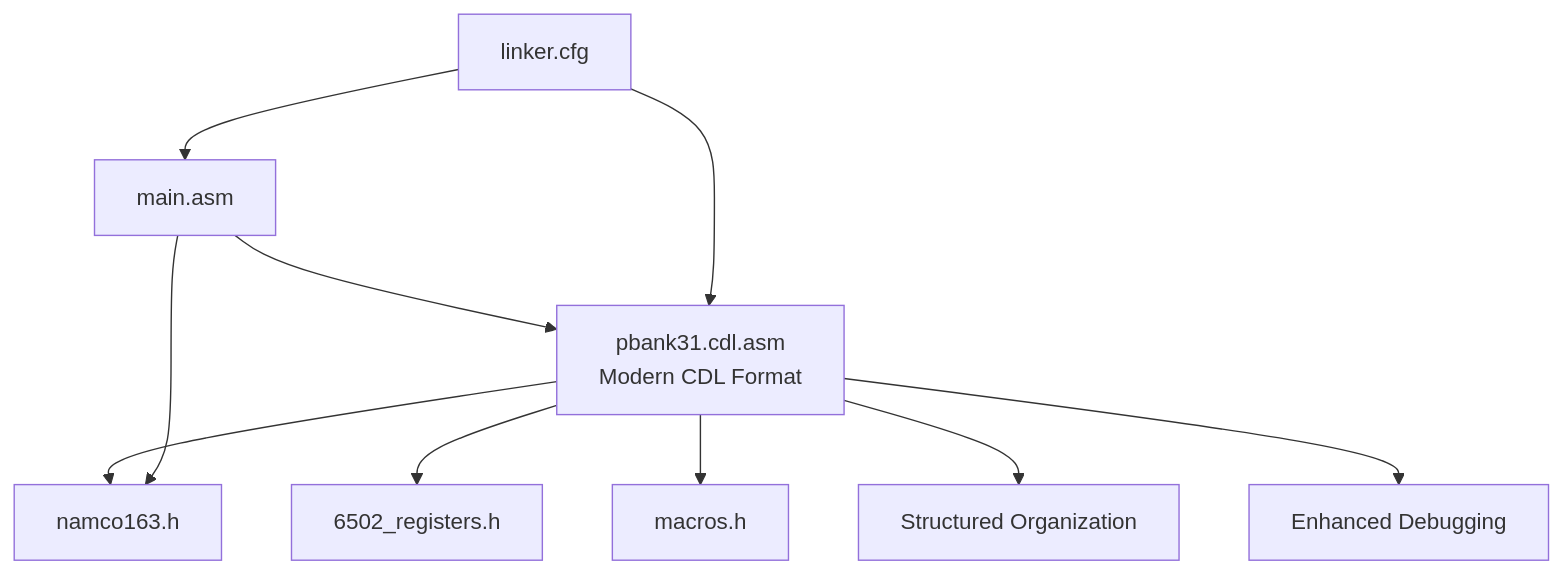
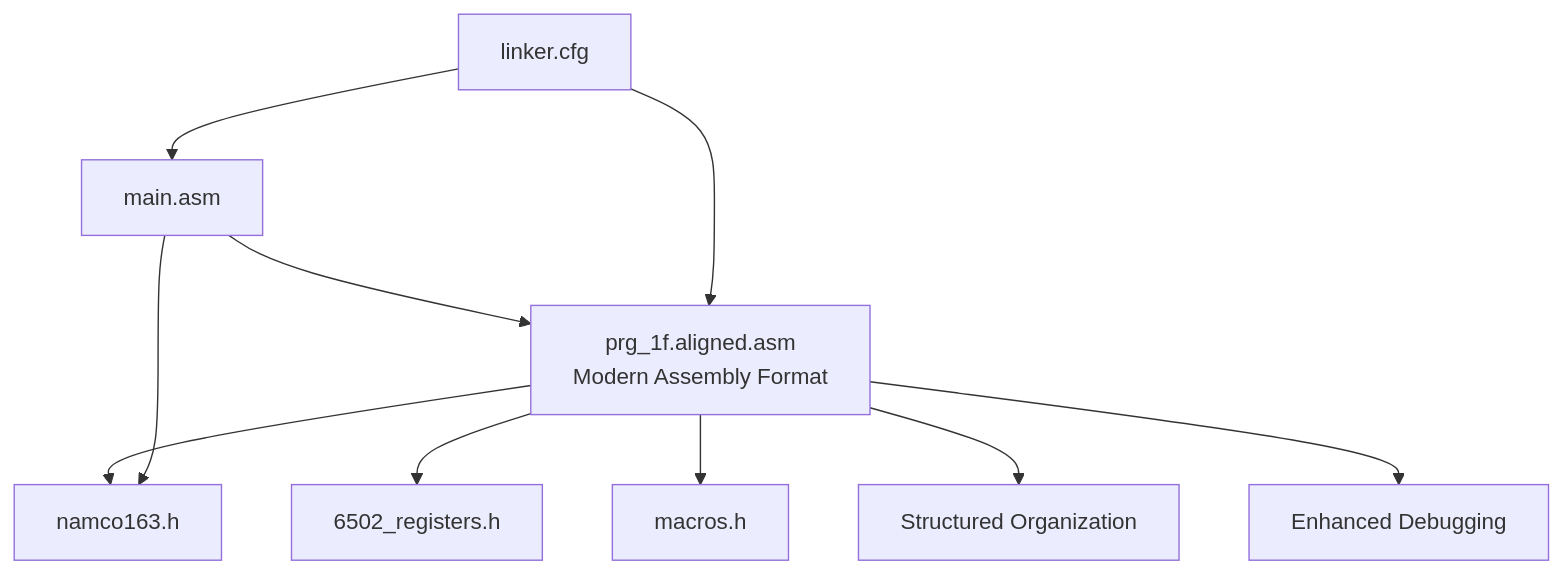
The ninth of 9 diagrams in .qoder/repowiki/en/content/Assembly Architecture/Assembly Architecture.md (rabbyzero/sango2dasm), drawn with Mermaid before and after one commit. The commit also changed other lines of this file and 15 other files, not shown here.

````diff
--- a/.qoder/repowiki/en/content/Assembly Architecture/Assembly Architecture.md
+++ b/.qoder/repowiki/en/content/Assembly Architecture/Assembly Architecture.md
@@ -446,12 +445,12 @@
 ```mermaid
 graph TB
-CDL["pbank31.cdl.asm<br/>Modern CDL Format"] --> NAMCO["namco163.h"]
-CDL --> REGS["6502_registers.h"]
-CDL --> MACROS["macros.h"]
-MAIN["main.asm"] --> CDL
+ALIGNED["prg_1f.aligned.asm<br/>Modern Assembly Format"] --> NAMCO["namco163.h"]
+ALIGNED --> REGS["6502_registers.h"]
+ALIGNED --> MACROS["macros.h"]
+MAIN["main.asm"] --> ALIGNED
 MAIN --> NAMCO
-LCFG["linker.cfg"] --> CDL
+LCFG["linker.cfg"] --> ALIGNED
 LCFG --> MAIN
-CDL --> STRUCT["Structured Organization"]
-CDL --> DEBUG["Enhanced Debugging"]
+ALIGNED --> STRUCT["Structured Organization"]
+ALIGNED --> DEBUG["Enhanced Debugging"]
 ```
````
